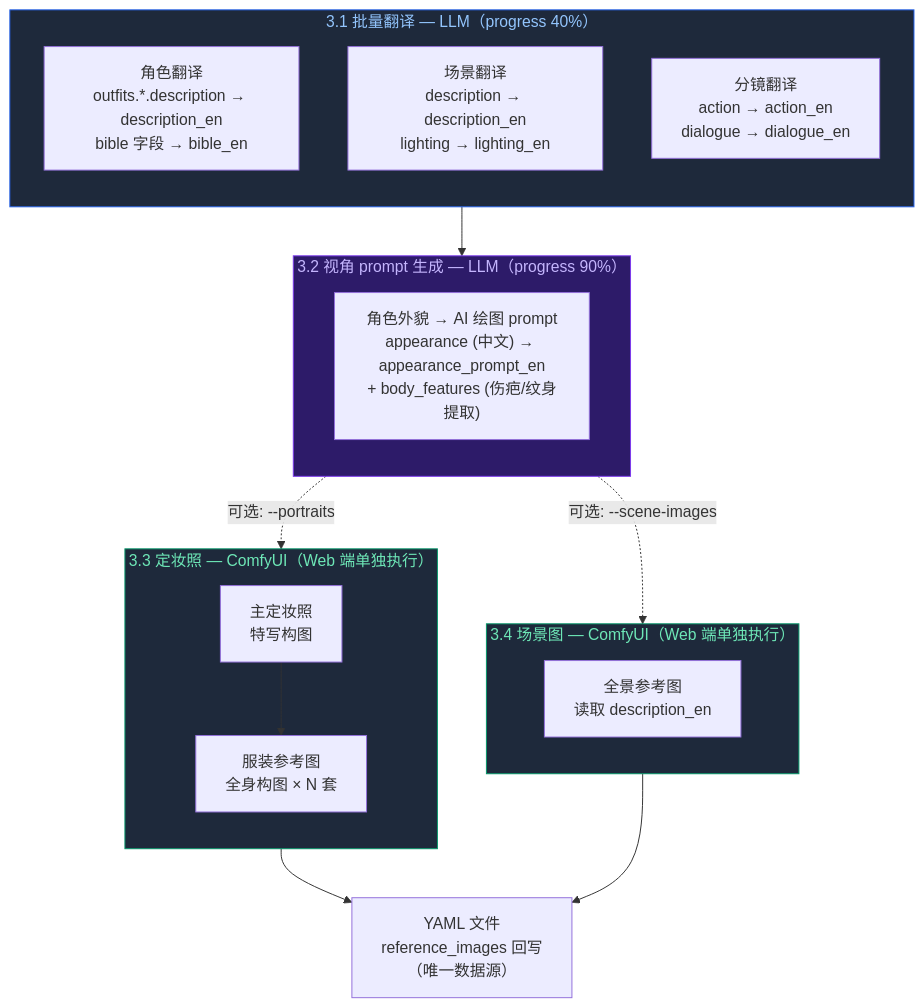
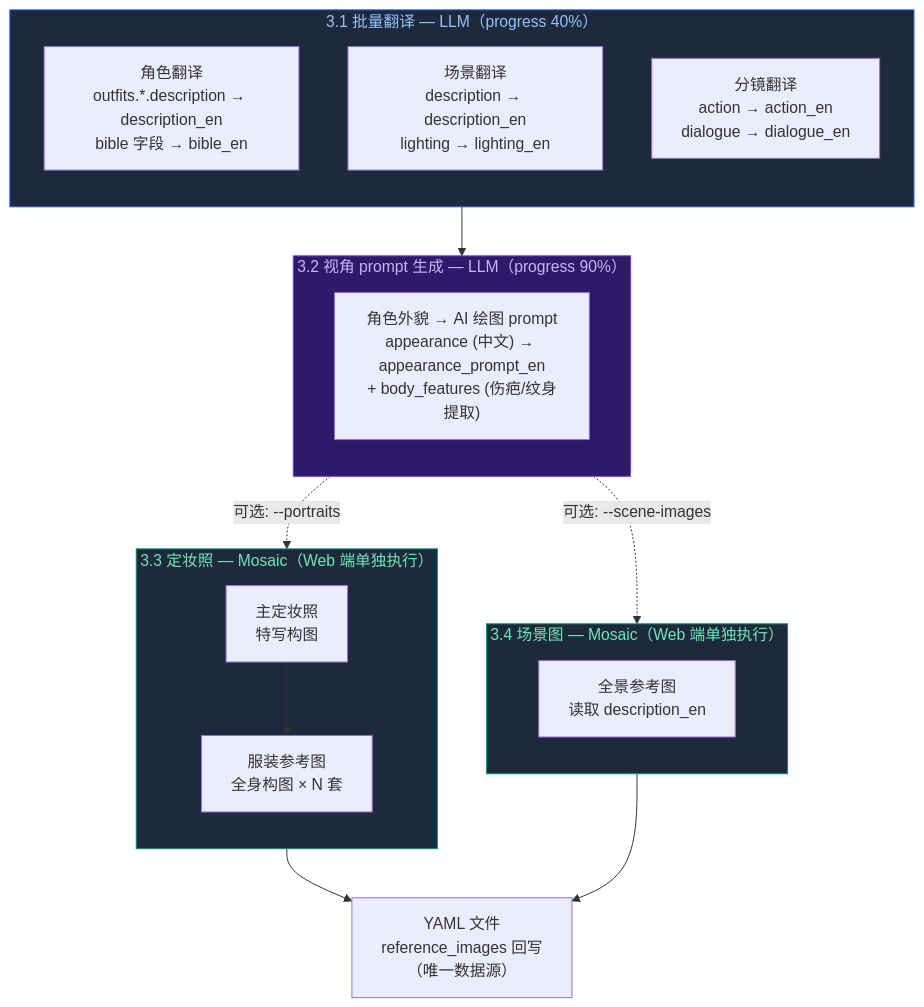
One commit to brother2050/mosaic-drama changed the third of 12 diagrams in docs/pipeline.md. Above: the diagram before and after it, drawn with Mermaid. The commit also changed other lines of this file and 33 other files, not shown here.

````diff
--- a/docs/pipeline.md
+++ b/docs/pipeline.md
@@ -120,39 +120,39 @@
 ```mermaid
 flowchart TB
     subgraph translate["3.1 批量翻译 — LLM（progress 40%）"]
         direction TB
         tc["角色翻译<br/>outfits.*.description → description_en<br/>bible 字段 → bible_en"]
         ts["场景翻译<br/>description → description_en<br/>lighting → lighting_en"]
         tb["分镜翻译<br/>action → action_en<br/>dialogue → dialogue_en"]
     end
 
     subgraph viewprompt["3.2 视角 prompt 生成 — LLM（progress 90%）"]
         direction TB
         vp["角色外貌 → AI 绘图 prompt<br/>appearance (中文) → appearance_prompt_en<br/>+ body_features (伤疤/纹身提取)"]
     end
 
-    subgraph portraits["3.3 定妆照 — ComfyUI（Web 端单独执行）"]
+    subgraph portraits["3.3 定妆照 — Mosaic（Web 端单独执行）"]
         direction TB
         pm["主定妆照<br/>特写构图"]
         po["服装参考图<br/>全身构图 × N 套"]
         pm --> po
     end
 
-    subgraph scenes_gen["3.4 场景图 — ComfyUI（Web 端单独执行）"]
+    subgraph scenes_gen["3.4 场景图 — Mosaic（Web 端单独执行）"]
         direction TB
         sg["全景参考图<br/>读取 description_en"]
     end
 
     translate --> viewprompt
     viewprompt -.->|"可选: --portraits"| portraits
     viewprompt -.->|"可选: --scene-images"| scenes_gen
 
     yaml1["YAML 文件<br/>reference_images 回写<br/>（唯一数据源）"]
     portraits --> yaml1
     scenes_gen --> yaml1
 
     style translate fill:#1e293b,stroke:#2563eb,color:#93c5fd
     style viewprompt fill:#2d1b69,stroke:#7c3aed,color:#c4b5fd
     style portraits fill:#1e293b,stroke:#059669,color:#6ee7b7
     style scenes_gen fill:#1e293b,stroke:#059669,color:#6ee7b7
 ```
````
